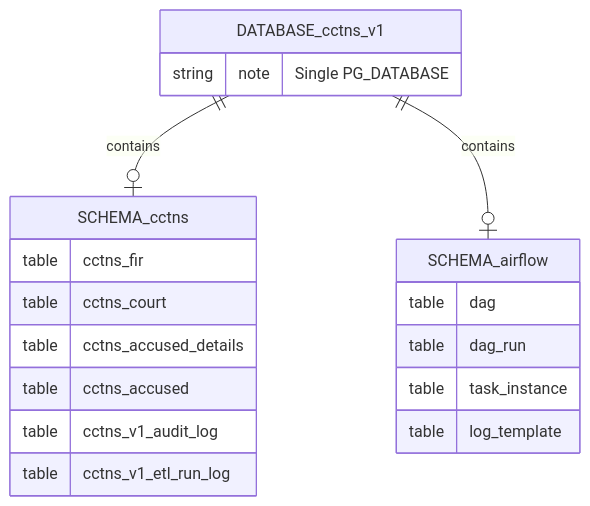
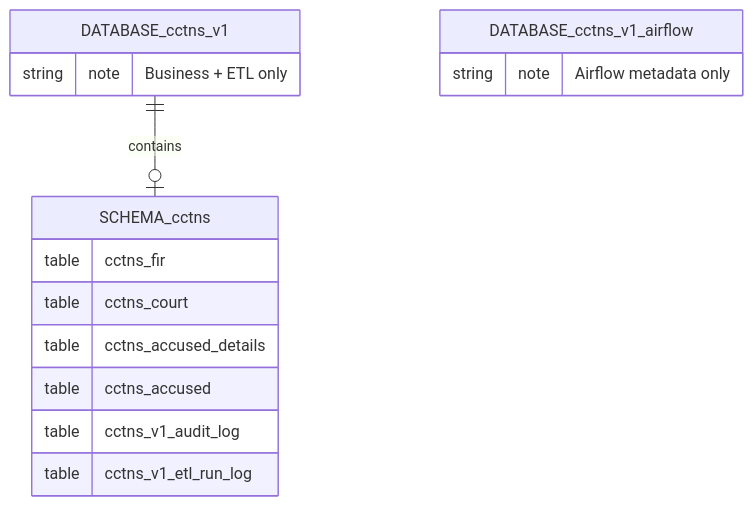
Before and after one commit to ashish-ratna-bcss/DOPAMS-ETL: the third of 7 diagrams in cctns-v1/CCTNSV1_DAILY_ETL_RUN/pipeline.md, drawn with Mermaid. The commit also changed other lines of this file and 10 other files, not shown here.

First line of the commit message:
refactor(cctns-v1): move Airflow metadata out of cctns_v1

````diff
--- a/cctns-v1/CCTNSV1_DAILY_ETL_RUN/pipeline.md
+++ b/cctns-v1/CCTNSV1_DAILY_ETL_RUN/pipeline.md
@@ -153,22 +152,18 @@
 ```mermaid
 erDiagram
     DATABASE_cctns_v1 {
-        string note "Single PG_DATABASE"
+        string note "Business + ETL only"
     }
     SCHEMA_cctns {
         table cctns_fir
         table cctns_court
         table cctns_accused_details
         table cctns_accused
         table cctns_v1_audit_log
         table cctns_v1_etl_run_log
     }
-    SCHEMA_airflow {
-        table dag
-        table dag_run
-        table task_instance
-        table log_template
+    DATABASE_cctns_v1_airflow {
+        string note "Airflow metadata only"
     }
     DATABASE_cctns_v1 ||--o| SCHEMA_cctns : contains
-    DATABASE_cctns_v1 ||--o| SCHEMA_airflow : contains
 ```
````
